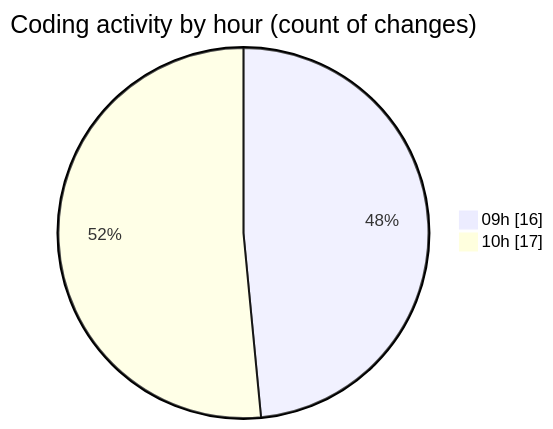
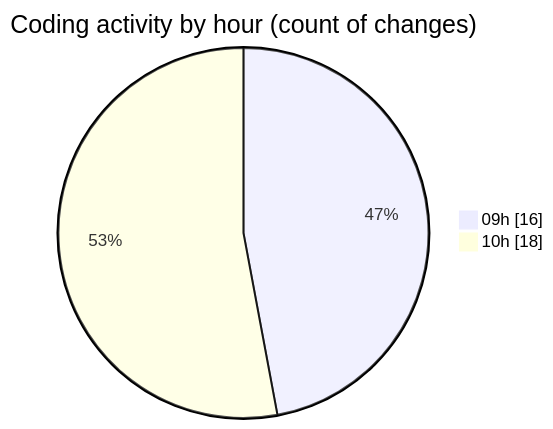
Before and after one commit to momahboobian/code-tracking: the second of 2 diagrams in 2025-05-16/cda/README.md, drawn with Mermaid. The commit also changed other lines of this file and 1 other file, not shown here.

````diff
--- a/2025-05-16/cda/README.md
+++ b/2025-05-16/cda/README.md
@@ -41,6 +41,6 @@
 ```mermaid
 pie showData
 title Coding activity by hour (count of changes)
 "09h" : 16
-"10h" : 17
+"10h" : 18
 ```
````
